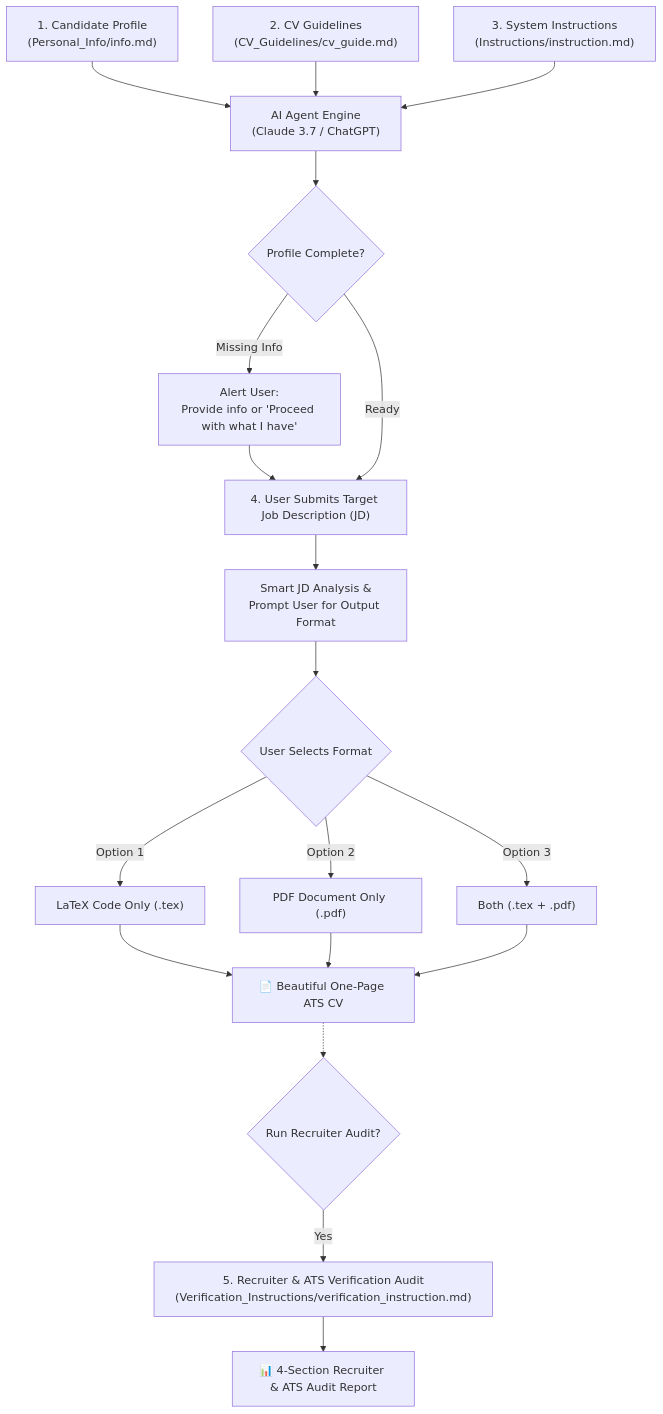
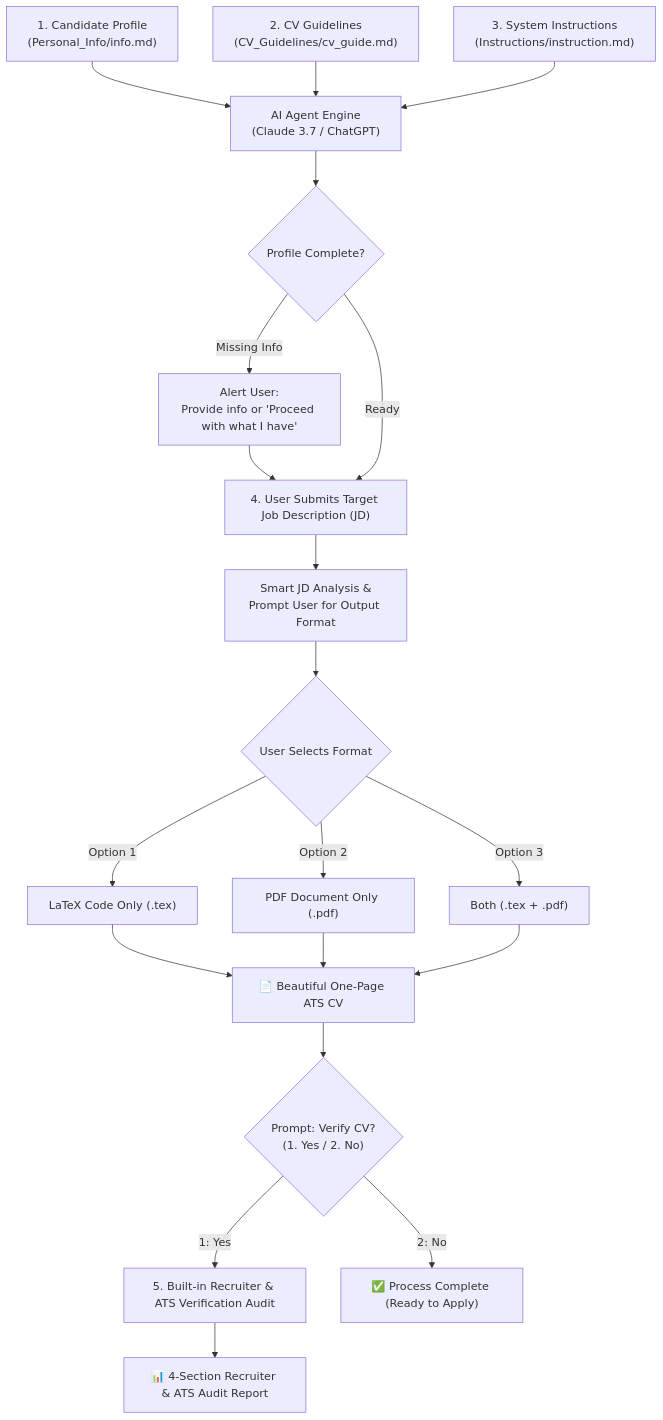
Before and after one commit to sachilz/ATS-CV-Generator-Framework: the diagram in README.md, drawn with Mermaid. The commit also changed other lines of this file and 3 other files, not shown here.

````diff
--- a/README.md
+++ b/README.md
@@ -89,25 +86,26 @@
 ```mermaid
 flowchart TD
     A["1. Candidate Profile\n(Personal_Info/info.md)"] --> D["AI Agent Engine\n(Claude 3.7 / ChatGPT)"]
     B["2. CV Guidelines\n(CV_Guidelines/cv_guide.md)"] --> D
     C["3. System Instructions\n(Instructions/instruction.md)"] --> D
     
     D --> E{"Profile Complete?"}
     E -- Missing Info --> F["Alert User:\nProvide info or 'Proceed with what I have'"]
     F --> G["4. User Submits Target Job Description (JD)"]
     E -- Ready --> G
     
     G --> H["Smart JD Analysis &\nPrompt User for Output Format"]
     H --> I{"User Selects Format"}
     I -- Option 1 --> J["LaTeX Code Only (.tex)"]
     I -- Option 2 --> K["PDF Document Only (.pdf)"]
     I -- Option 3 --> L["Both (.tex + .pdf)"]
     
     J --> M["📄 Beautiful One-Page ATS CV"]
     K --> M
     L --> M
 
-    M -.-> N{"Run Recruiter Audit?"}
-    N -- Yes --> O["5. Recruiter & ATS Verification Audit\n(Verification_Instructions/verification_instruction.md)"]
+    M --> N{"Prompt: Verify CV?\n(1. Yes / 2. No)"}
+    N -- "1: Yes" --> O["5. Built-in Recruiter & ATS Verification Audit"]
     O --> P["📊 4-Section Recruiter & ATS Audit Report"]
+    N -- "2: No" --> Q["✅ Process Complete (Ready to Apply)"]
 ```
````
